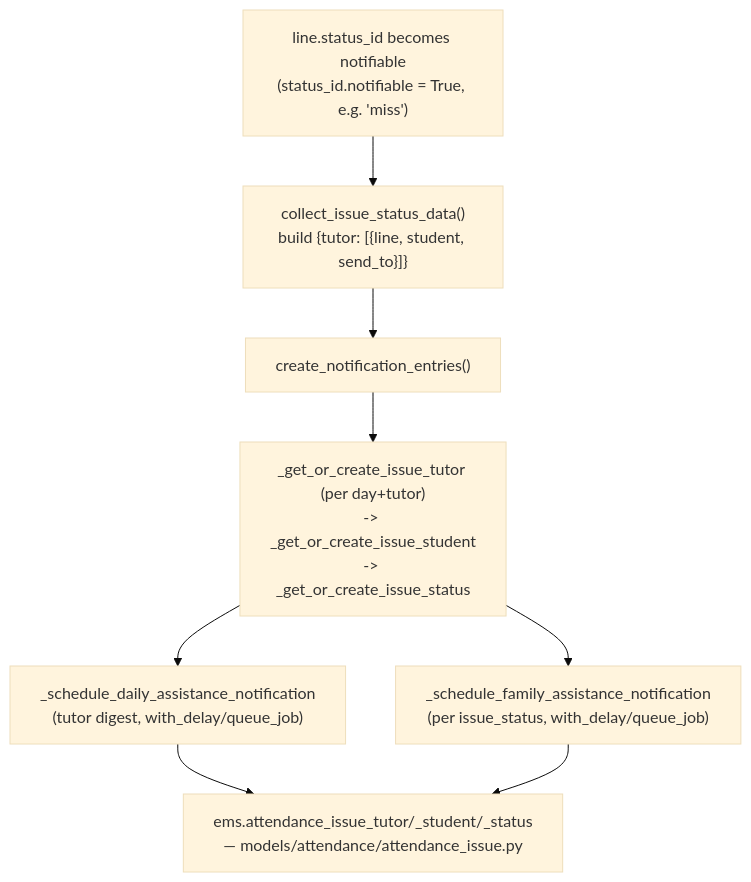
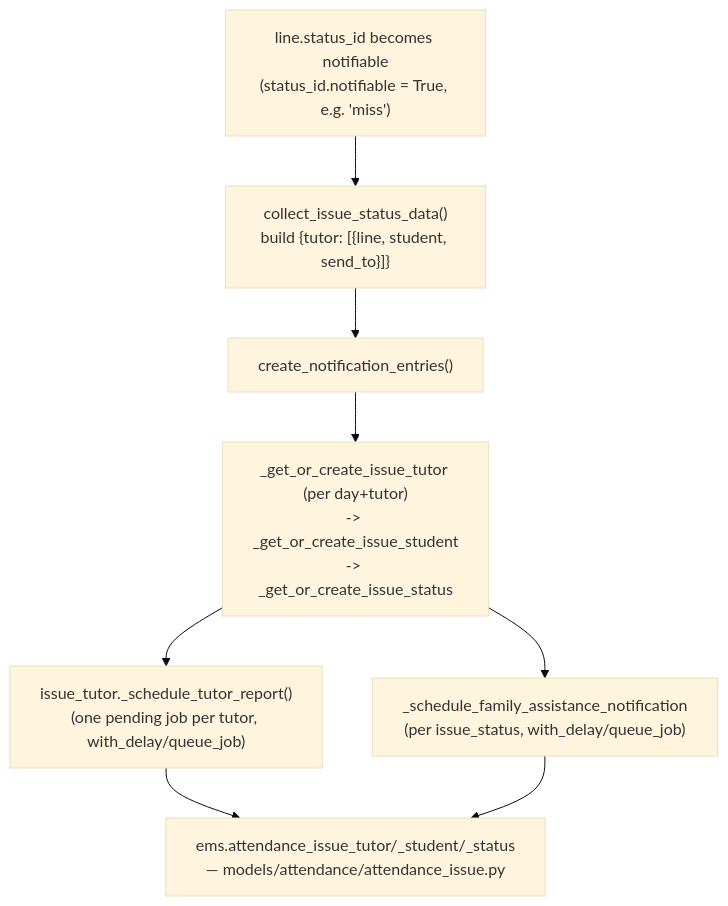
One commit to ElPuig/EMS changed the second of 3 diagrams in docs/en/developers/attendance/attendance_session.md. Above: the diagram before and after it, drawn with Mermaid (base theme). The commit also changed 200 other files, not shown here.

````diff
--- a/docs/en/developers/attendance/attendance_session.md
+++ b/docs/en/developers/attendance/attendance_session.md
@@ -75,10 +75,10 @@
 ```mermaid
 flowchart TD
     A["line.status_id becomes notifiable\n(status_id.notifiable = True, e.g. 'miss')"] --> B["collect_issue_status_data()\nbuild {tutor: [{line, student, send_to}]}"]
     B --> C["create_notification_entries()"]
     C --> D["_get_or_create_issue_tutor (per day+tutor)\n-> _get_or_create_issue_student\n-> _get_or_create_issue_status"]
-    D --> E["_schedule_daily_assistance_notification\n(tutor digest, with_delay/queue_job)"]
+    D --> E["issue_tutor._schedule_tutor_report()\n(one pending job per tutor, with_delay/queue_job)"]
     D --> F["_schedule_family_assistance_notification\n(per issue_status, with_delay/queue_job)"]
     E --> G["ems.attendance_issue_tutor/_student/_status\n— models/attendance/attendance_issue.py"]
     F --> G
 ```
````
